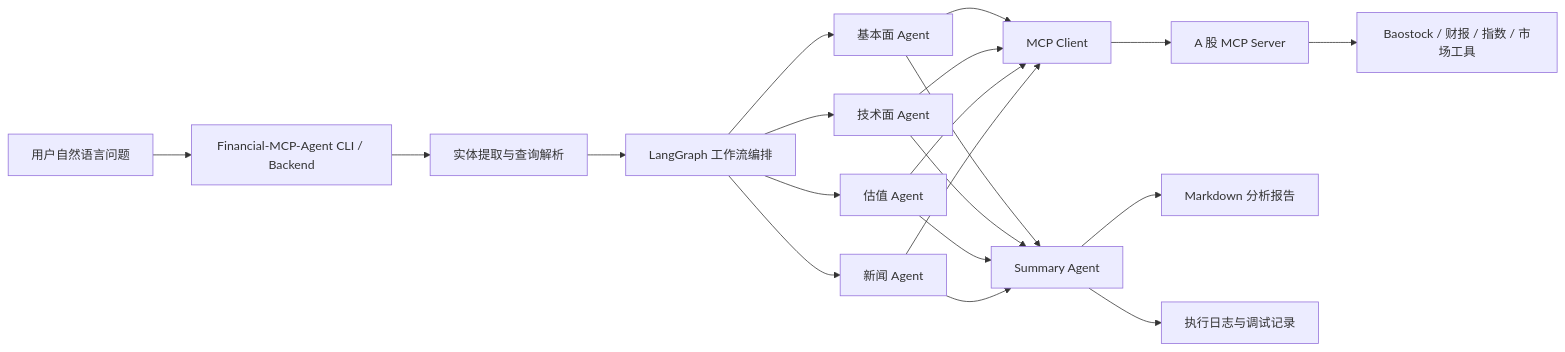
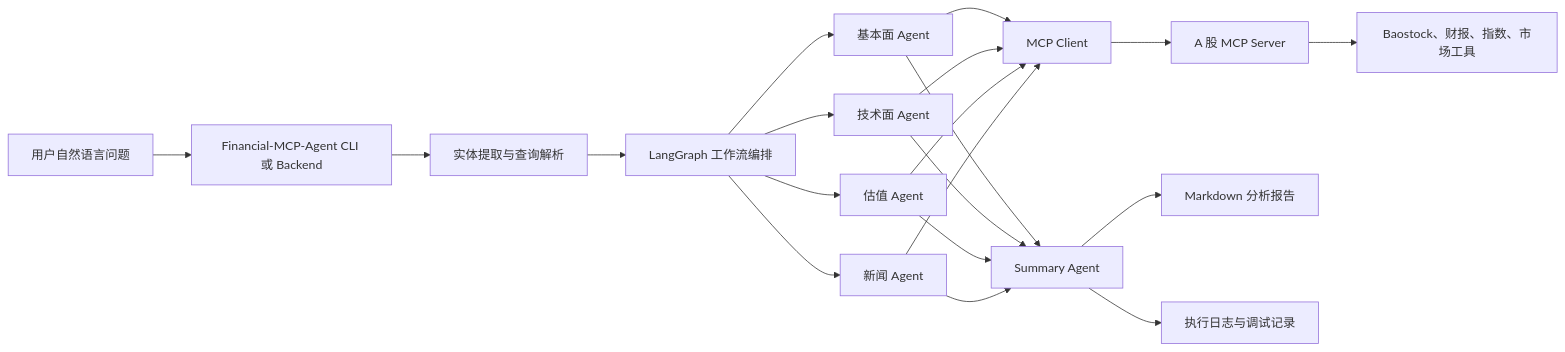
One commit to ZengWenQuan/Finance_multi_agent changed the first of 3 diagrams in README.md. Above: the diagram before and after it, drawn with Mermaid. The commit also changed other lines of this file and 23 other files, not shown here.

Commit message:
新增了vllm部署，还有就是新加了向量数据库，图rag等内容，还有就是优化了MCP的tool提示词，使得更加精准

````diff
--- a/README.md
+++ b/README.md
@@ -36,27 +37,27 @@
 ```mermaid
 flowchart LR
-    U[用户自然语言问题] --> CLI[Financial-MCP-Agent CLI / Backend]
-    CLI --> QP[实体提取与查询解析]
-    QP --> WF[LangGraph 工作流编排]
+    U["用户自然语言问题"] --> CLI["Financial-MCP-Agent CLI 或 Backend"]
+    CLI --> QP["实体提取与查询解析"]
+    QP --> WF["LangGraph 工作流编排"]
 
-    WF --> FA[基本面 Agent]
-    WF --> TA[技术面 Agent]
-    WF --> VA[估值 Agent]
-    WF --> NA[新闻 Agent]
+    WF --> FA["基本面 Agent"]
+    WF --> TA["技术面 Agent"]
+    WF --> VA["估值 Agent"]
+    WF --> NA["新闻 Agent"]
 
-    FA --> MCP[MCP Client]
+    FA --> MCP["MCP Client"]
     TA --> MCP
     VA --> MCP
     NA --> MCP
 
-    MCP --> SERVER[A 股 MCP Server]
-    SERVER --> DATA[Baostock / 财报 / 指数 / 市场工具]
+    MCP --> SERVER["A 股 MCP Server"]
+    SERVER --> DATA["Baostock、财报、指数、市场工具"]
 
-    FA --> SA[Summary Agent]
+    FA --> SA["Summary Agent"]
     TA --> SA
     VA --> SA
     NA --> SA
 
-    SA --> REPORT[Markdown 分析报告]
-    SA --> LOGS[执行日志与调试记录]
+    SA --> REPORT["Markdown 分析报告"]
+    SA --> LOGS["执行日志与调试记录"]
 ```
````
